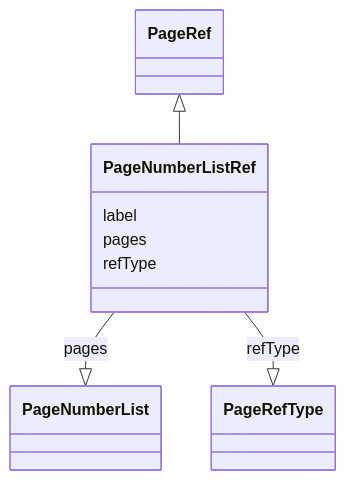
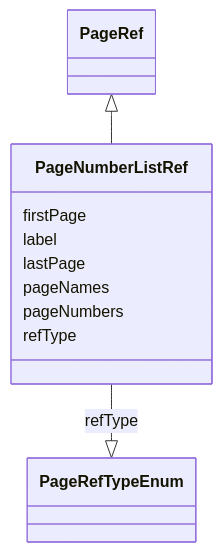
One commit to cdisc-org/analysis-results-standard changed the diagram in project/docs/PageNumberListRef.md. Above: the diagram before and after it, drawn with Mermaid. The commit also changed other lines of this file and 281 other files, not shown here.

````diff
--- a/project/docs/PageNumberListRef.md
+++ b/project/docs/PageNumberListRef.md
@@ -14,17 +14,21 @@
 ```mermaid
  classDiagram
     class PageNumberListRef
       PageRef <|-- PageNumberListRef
       
+      PageNumberListRef : firstPage
+        
       PageNumberListRef : label
         
-      PageNumberListRef : pages
+      PageNumberListRef : lastPage
         
-          PageNumberListRef --|> PageNumberList : pages
+      PageNumberListRef : pageNames
+        
+      PageNumberListRef : pageNumbers
         
       PageNumberListRef : refType
         
-          PageNumberListRef --|> PageRefType : refType
+          PageNumberListRef --|> PageRefTypeEnum : refType
         
       
 ```
````
